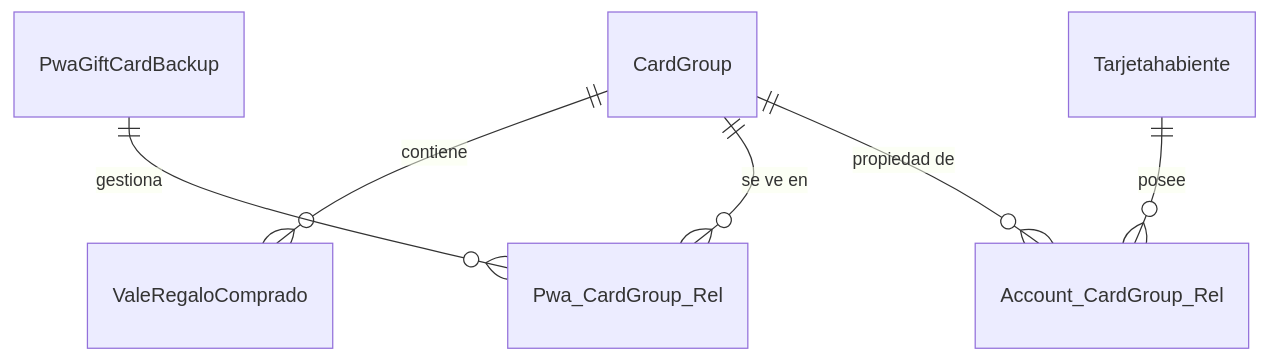
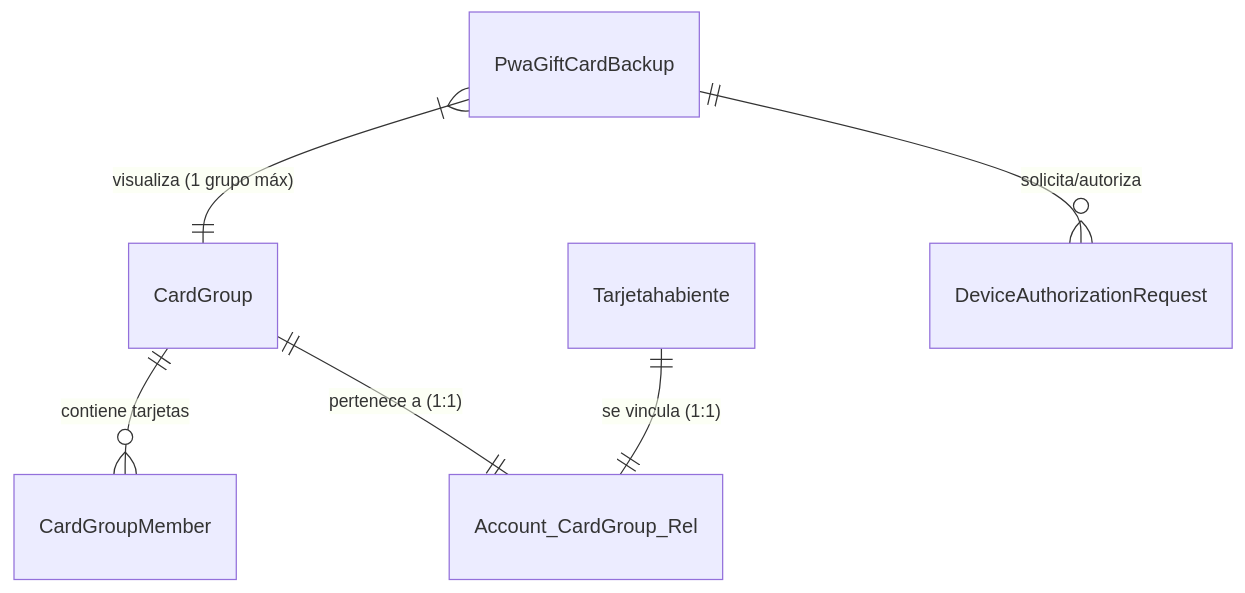
One commit to bulmaroarellano/pwa-architecture-proposal changed the first of 4 diagrams in pwa_group_er_diagram_focused.md. Above: the diagram before and after it, drawn with Mermaid. The commit also changed other lines of this file and 1 other file, not shown here.

Commit message:
Update architecture to V2: Strict 1:1 rules and Device Authorization

````diff
--- a/pwa_group_er_diagram_focused.md
+++ b/pwa_group_er_diagram_focused.md
@@ -8,10 +10,11 @@
 ```mermaid
 erDiagram
-    CardGroup ||--o{ ValeRegaloComprado : "contiene"
+    CardGroup ||--o{ CardGroupMember : "contiene tarjetas"
     
-    PwaGiftCardBackup ||--o{ Pwa_CardGroup_Rel : "gestiona"
-    CardGroup ||--o{ Pwa_CardGroup_Rel : "se ve en"
+    PwaGiftCardBackup }|--|| CardGroup : "visualiza (1 grupo máx)"
     
-    Tarjetahabiente ||--o{ Account_CardGroup_Rel : "posee"
-    CardGroup ||--o{ Account_CardGroup_Rel : "propiedad de"
+    Tarjetahabiente ||--|| Account_CardGroup_Rel : "se vincula (1:1)"
+    CardGroup ||--|| Account_CardGroup_Rel : "pertenece a (1:1)"
+
+    PwaGiftCardBackup ||--o{ DeviceAuthorizationRequest : "solicita/autoriza"
 ```
````
